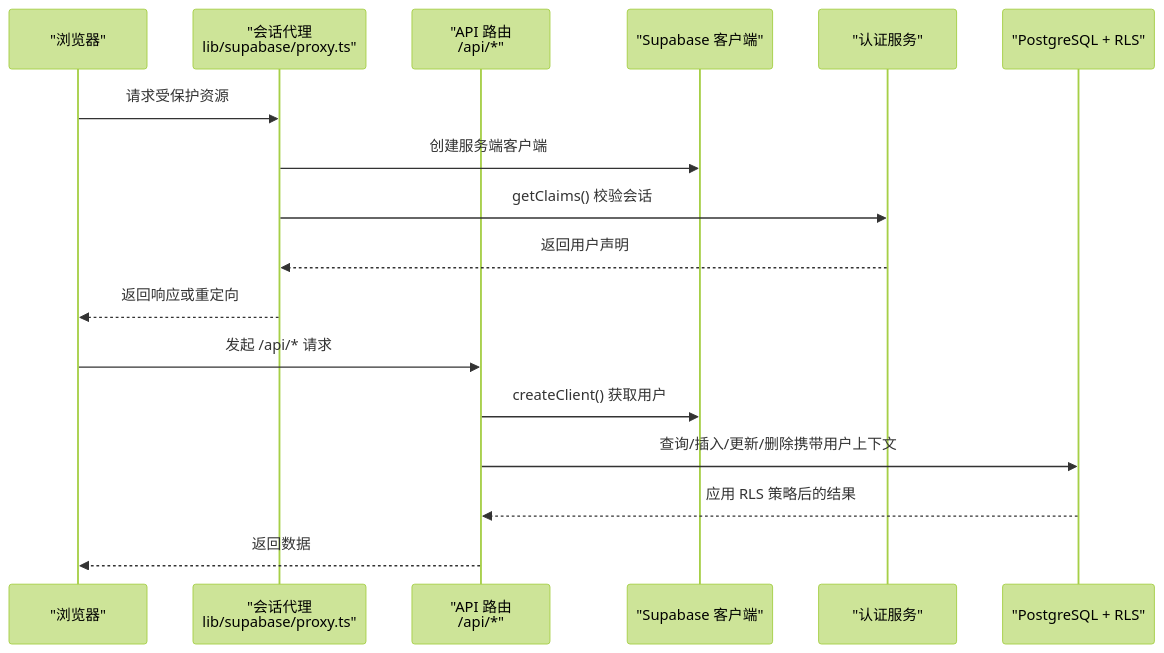
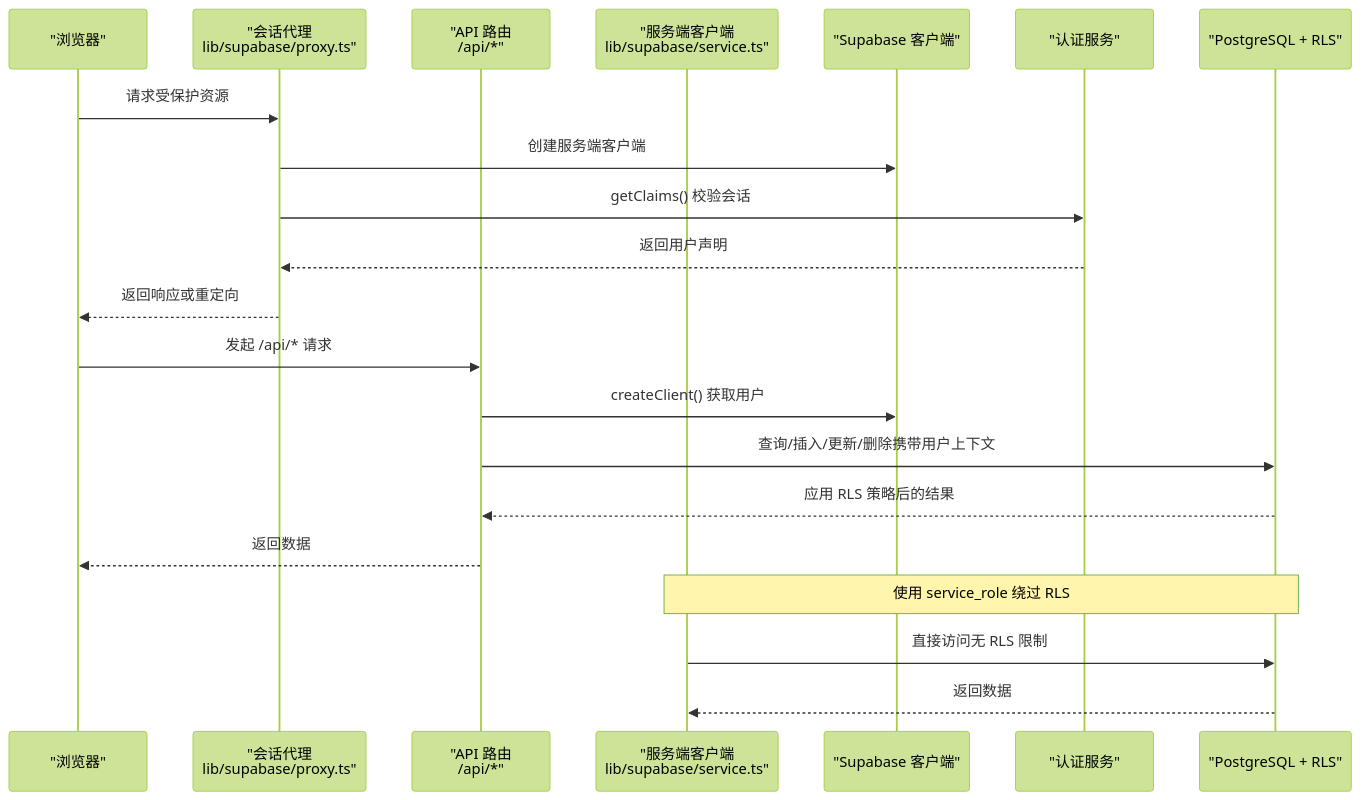
The second of 8 diagrams in .qoder/repowiki/zh/content/数据库设计/行级安全策略.md (javalittleman1/virtual-stock-trading), drawn with Mermaid (forest theme) before and after one commit. The commit also changed other lines of this file and 6 other files, not shown here.

````diff
--- a/.qoder/repowiki/zh/content/数据库设计/行级安全策略.md
+++ b/.qoder/repowiki/zh/content/数据库设计/行级安全策略.md
@@ -118,19 +138,23 @@
 ```mermaid
 sequenceDiagram
 participant Browser as "浏览器"
 participant Proxy as "会话代理<br/>lib/supabase/proxy.ts"
 participant API as "API 路由<br/>/api/*"
+participant ServiceClient as "服务端客户端<br/>lib/supabase/service.ts"
 participant Supabase as "Supabase 客户端"
 participant Auth as "认证服务"
 participant DB as "PostgreSQL + RLS"
 Browser->>Proxy : 请求受保护资源
 Proxy->>Supabase : 创建服务端客户端
 Proxy->>Auth : getClaims() 校验会话
 Auth-->>Proxy : 返回用户声明
 Proxy-->>Browser : 返回响应或重定向
 Browser->>API : 发起 /api/* 请求
 API->>Supabase : createClient() 获取用户
 API->>DB : 查询/插入/更新/删除携带用户上下文
 DB-->>API : 应用 RLS 策略后的结果
 API-->>Browser : 返回数据
+Note over ServiceClient,DB : 使用 service_role 绕过 RLS
+ServiceClient->>DB : 直接访问无 RLS 限制
+DB-->>ServiceClient : 返回数据
 ```
````
